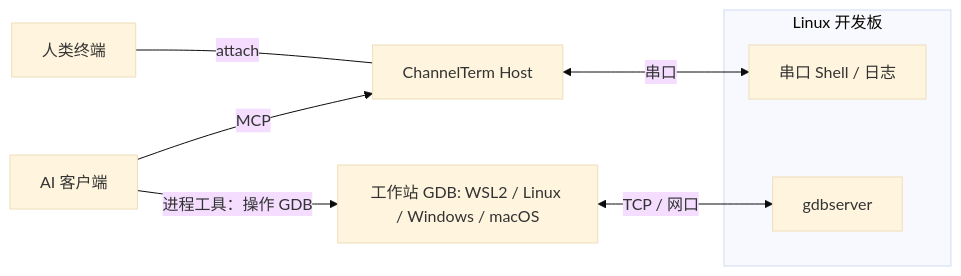
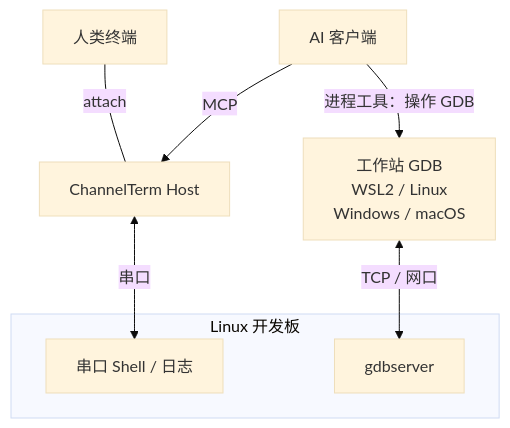
The third of 3 diagrams in README.zh-CN.md (akira-init1/ChannelTerm), drawn with Mermaid (base theme) before and after one commit. The commit also changed other lines of this file and 13 other files, not shown here.

First line of the commit message:
docs(diagrams): clarify shared terminal and debugger data flows

````diff
--- a/README.zh-CN.md
+++ b/README.zh-CN.md
@@ -286,16 +290,16 @@
 ```mermaid
-flowchart LR
+flowchart TB
     AI["AI 客户端"]
     Human["人类终端"]
     Host["ChannelTerm Host"]
-    GDB["工作站 GDB: WSL2 / Linux / Windows / macOS"]
+    GDB["工作站 GDB<br/>WSL2 / Linux<br/>Windows / macOS"]
     subgraph Board["Linux 开发板"]
         Console["串口 Shell / 日志"]
         Server["gdbserver"]
     end
     Human ---|"attach"| Host
     AI -->|"MCP"| Host
     AI -->|"进程工具：操作 GDB"| GDB
     Host <-->|"串口"| Console
     GDB <-->|"TCP / 网口"| Server
 ```
````
